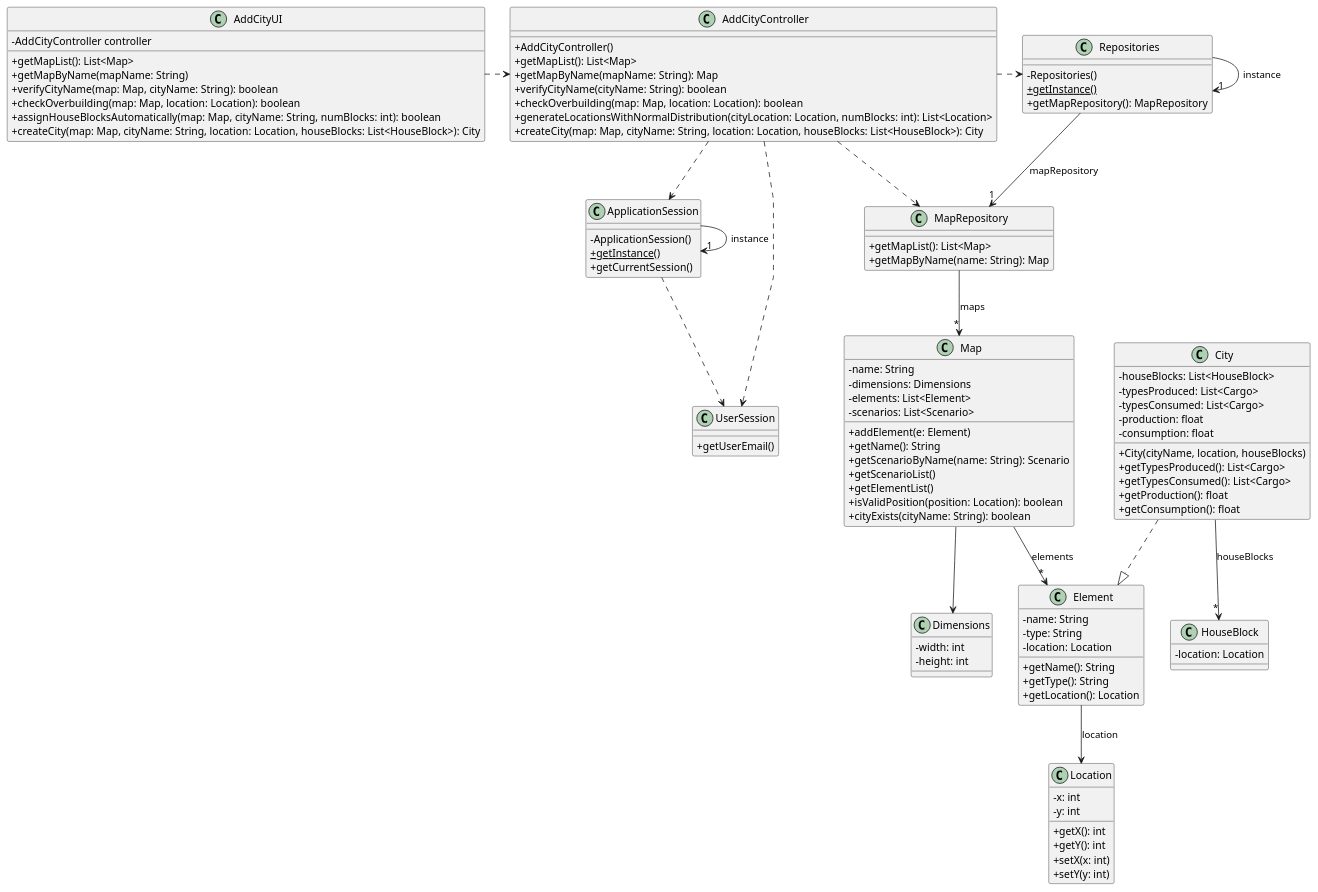
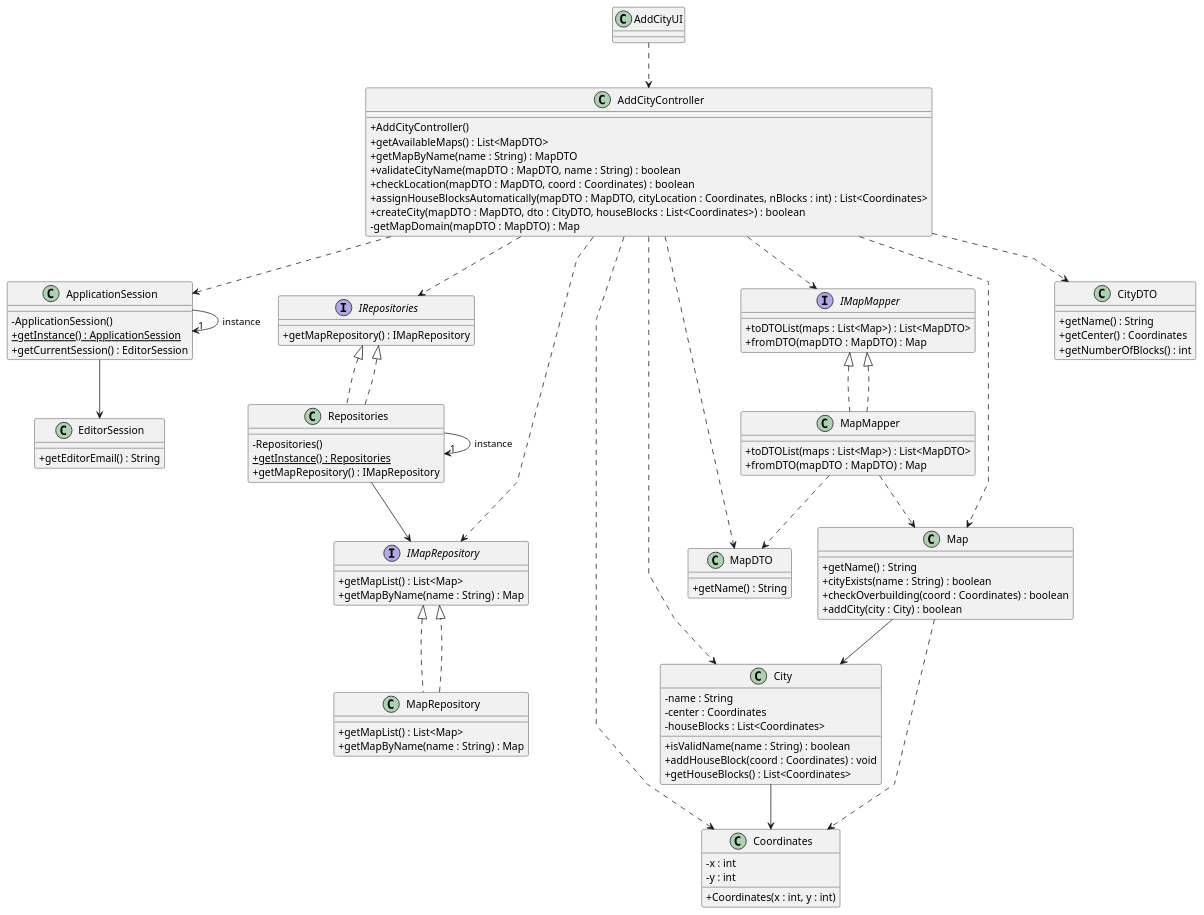
One commit to Educ00/mdisc-2425 changed the diagram in docs/system-documentation/sprint 3/US03/03.design/puml/US003-CD.puml. Above: the diagram before and after it, drawn with PlantUML. The commit also changed 9 other files, not shown here.

```diff
--- a/docs/system-documentation/sprint 3/US03/03.design/puml/US003-CD.puml
+++ b/docs/system-documentation/sprint 3/US03/03.design/puml/US003-CD.puml
@@ -1,129 +1,122 @@
 @startuml
 skinparam packageStyle rectangle
 skinparam shadowing false
 skinparam linetype polyline
 skinparam classAttributeIconSize 0
 
-class ApplicationSession {
-    - ApplicationSession()
-    + {static} getInstance()
-    + getCurrentSession()
-}
-
-class UserSession {
-    + getUserEmail()
-}
-
-class City {
-    - houseBlocks: List<HouseBlock>
-    + City(cityName, location, houseBlocks)
-    - typesProduced: List<Cargo>
-    - typesConsumed: List<Cargo>
-    + getTypesProduced(): List<Cargo>
-    + getTypesConsumed(): List<Cargo>
-    - production: float
-    - consumption: float
-    + getProduction(): float
-    + getConsumption(): float
-}
-
-class HouseBlock {
-    - location: Location
-}
-
-class Location {
-    - x: int
-    - y: int
-
-    + getX(): int
-    + getY(): int
-    + setX(x: int)
-    + setY(y: int)
-}
-
-class Map {
-    - name: String
-    - dimensions: Dimensions
-    - elements: List<Element>
-    - scenarios: List<Scenario>
-
-    + addElement(e: Element)
-    + getName(): String
-    + getScenarioByName(name: String): Scenario
-    + getScenarioList()
-    + getElementList()
-    + isValidPosition(position: Location): boolean
-    + cityExists(cityName: String): boolean
-}
-
-class Dimensions {
-    - width: int
-    - height: int
-}
-
-class Element {
-    - name: String
-    - type: String
-    - location: Location
-
-    + getName(): String
-    + getType(): String
-    + getLocation(): Location
-}
-
-
-class MapRepository {
-    + getMapList(): List<Map>
-    + getMapByName(name: String): Map
-}
-
-class Repositories {
-    - Repositories()
-    + {static} getInstance()
-    + getMapRepository(): MapRepository
+class AddCityUI {
 }
 
 class AddCityController {
     + AddCityController()
-    + getMapList(): List<Map>
-    + getMapByName(mapName: String): Map
-    + verifyCityName(cityName: String): boolean
-    + checkOverbuilding(map: Map, location: Location): boolean
-    + generateLocationsWithNormalDistribution(cityLocation: Location, numBlocks: int): List<Location>
-    + createCity(map: Map, cityName: String, location: Location, houseBlocks: List<HouseBlock>): City
+    + getAvailableMaps() : List<MapDTO>
+    + getMapByName(name : String) : MapDTO
+    + validateCityName(mapDTO : MapDTO, name : String) : boolean
+    + checkLocation(mapDTO : MapDTO, coord : Coordinates) : boolean
+    + assignHouseBlocksAutomatically(mapDTO : MapDTO, cityLocation : Coordinates, nBlocks : int) : List<Coordinates>
+    + createCity(mapDTO : MapDTO, dto : CityDTO, houseBlocks : List<Coordinates>) : boolean
+    - getMapDomain(mapDTO : MapDTO) : Map
 }
 
-class AddCityUI {
-    - AddCityController controller
-    + getMapList(): List<Map>
-    + getMapByName(mapName: String)
-    + verifyCityName(map: Map, cityName: String): boolean
-    + checkOverbuilding(map: Map, location: Location): boolean
-    + assignHouseBlocksAutomatically(map: Map, cityName: String, numBlocks: int): boolean
-    + createCity(map: Map, cityName: String, location: Location, houseBlocks: List<HouseBlock>): City
+interface IRepositories {
+    + getMapRepository() : IMapRepository
 }
 
-AddCityUI .> AddCityController
+class Repositories implements IRepositories {
+    - Repositories()
+    + {static} getInstance() : Repositories
+    + getMapRepository() : IMapRepository
+}
 
+interface IMapRepository {
+    + getMapList() : List<Map>
+    + getMapByName(name : String) : Map
+}
+
+class MapRepository implements IMapRepository {
+    + getMapList() : List<Map>
+    + getMapByName(name : String) : Map
+}
+
+class ApplicationSession {
+    - ApplicationSession()
+    + {static} getInstance() : ApplicationSession
+    + getCurrentSession() : EditorSession
+}
+
+class EditorSession {
+    + getEditorEmail() : String
+}
+
+interface IMapMapper {
+    + toDTOList(maps : List<Map>) : List<MapDTO>
+    + fromDTO(mapDTO : MapDTO) : Map
+}
+
+class MapMapper implements IMapMapper {
+    + toDTOList(maps : List<Map>) : List<MapDTO>
+    + fromDTO(mapDTO : MapDTO) : Map
+}
+
+class Map {
+    + getName() : String
+    + cityExists(name : String) : boolean
+    + checkOverbuilding(coord : Coordinates) : boolean
+    + addCity(city : City) : boolean
+}
+
+class City {
+    - name : String
+    - center : Coordinates
+    - houseBlocks : List<Coordinates>
+    + isValidName(name : String) : boolean
+    + addHouseBlock(coord : Coordinates) : void
+    + getHouseBlocks() : List<Coordinates>
+}
+
+class Coordinates {
+    - x : int
+    - y : int
+    + Coordinates(x : int, y : int)
+}
+
+class CityDTO {
+    + getName() : String
+    + getCenter() : Coordinates
+    + getNumberOfBlocks() : int
+}
+
+class MapDTO {
+    + getName() : String
+}
+
+AddCityUI ..> AddCityController
+
+AddCityController ..> IRepositories
+Repositories ..|> IRepositories
+Repositories --> IMapRepository
+MapRepository ..|> IMapRepository
+
+AddCityController ..> IMapRepository
+AddCityController ..> IMapMapper
 AddCityController ..> ApplicationSession
-AddCityController ..> UserSession
-AddCityController ..> MapRepository
-AddCityController .> Repositories
+ApplicationSession --> EditorSession
 
-Repositories -> "1" Repositories : instance
-Repositories --> "1" MapRepository : mapRepository
+AddCityController ..> MapDTO
+AddCityController ..> CityDTO
+AddCityController ..> Coordinates
+AddCityController ..> City
+AddCityController ..> Map
+
+IMapMapper <|.. MapMapper
+MapMapper ..> MapDTO
+MapMapper ..> Map
+
+Map --> City
+Map ..> Coordinates
+City --> Coordinates
 
 ApplicationSession -> "1" ApplicationSession : instance
-ApplicationSession ..> UserSession
-
-MapRepository --> "*" Map : maps
-Map --> "*" Element : elements
-Map --> Dimensions
-
-Element --> Location : location
-
-City ..|> Element
-
-City --> "*" HouseBlock : houseBlocks
+Repositories -> "1" Repositories : instance
 
 @enduml
```
